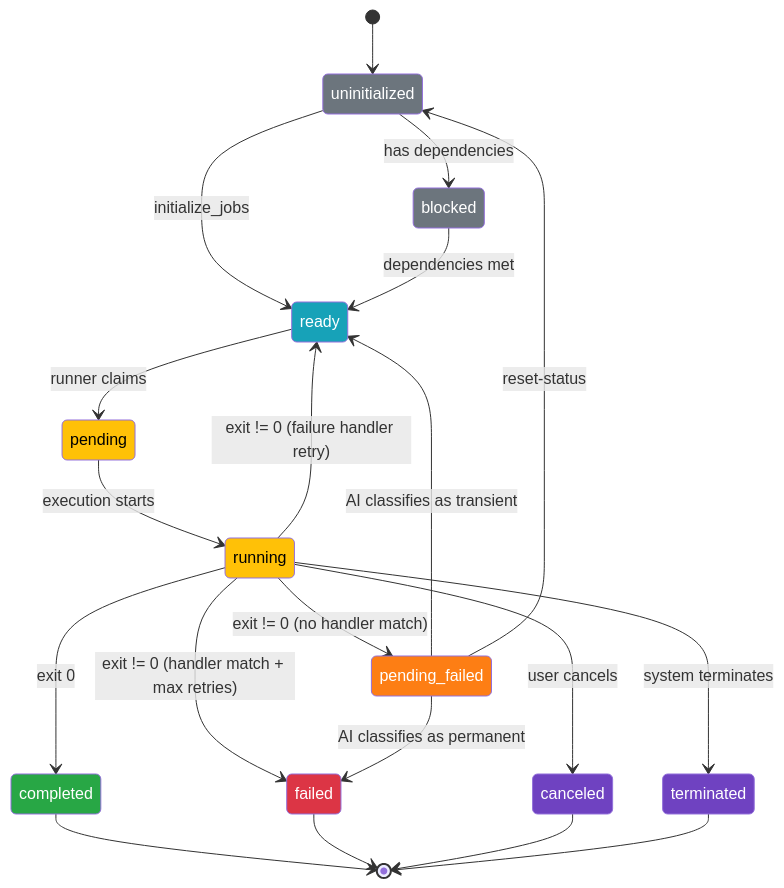
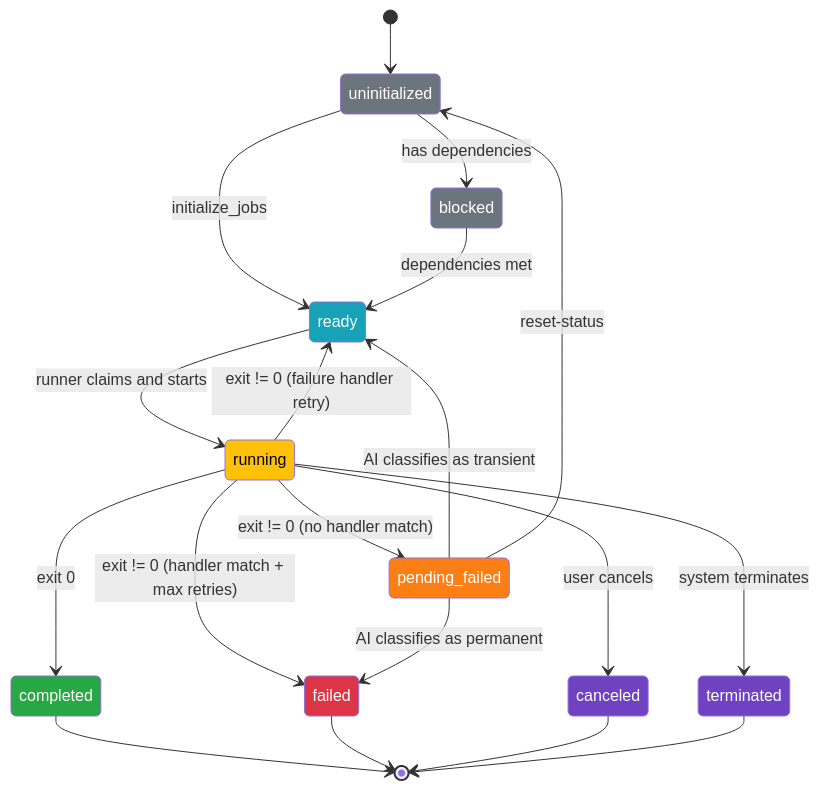
One commit to NatLabRockies/torc changed the diagram in docs/src/core/concepts/job-states.md. Above: the diagram before and after it, drawn with Mermaid. The commit also changed other lines of this file and 182 other files, not shown here.

````diff
--- a/docs/src/core/concepts/job-states.md
+++ b/docs/src/core/concepts/job-states.md
@@ -5,42 +5,41 @@
 ```mermaid
 stateDiagram-v2
     [*] --> uninitialized
     uninitialized --> ready: initialize_jobs
     uninitialized --> blocked: has dependencies
 
     blocked --> ready: dependencies met
-    ready --> pending: runner claims
-    pending --> running: execution starts
+    ready --> running: runner claims and starts
 
     running --> completed: exit 0
     running --> failed: exit != 0 (handler match + max retries)
     running --> pending_failed: exit != 0 (no handler match)
     running --> ready: exit != 0 (failure handler retry)
     running --> canceled: user cancels
     running --> terminated: system terminates
 
     pending_failed --> failed: AI classifies as permanent
     pending_failed --> ready: AI classifies as transient
     pending_failed --> uninitialized: reset-status
 
     completed --> [*]
     failed --> [*]
     canceled --> [*]
     terminated --> [*]
 
     classDef waiting fill:#6c757d,color:#fff
     classDef ready fill:#17a2b8,color:#fff
     classDef active fill:#ffc107,color:#000
     classDef success fill:#28a745,color:#fff
     classDef error fill:#dc3545,color:#fff
     classDef stopped fill:#6f42c1,color:#fff
     classDef classification fill:#fd7e14,color:#fff
 
     class uninitialized,blocked waiting
     class ready ready
-    class pending,running active
+    class running active
     class completed success
     class failed error
     class canceled,terminated stopped
     class pending_failed classification
 ```
````
